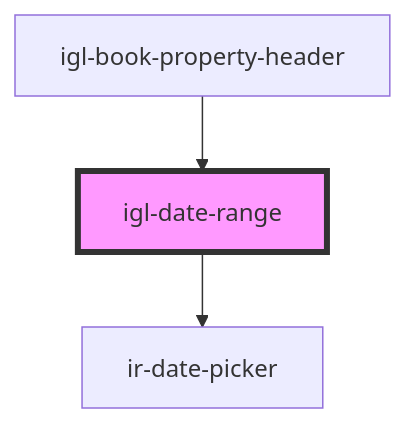
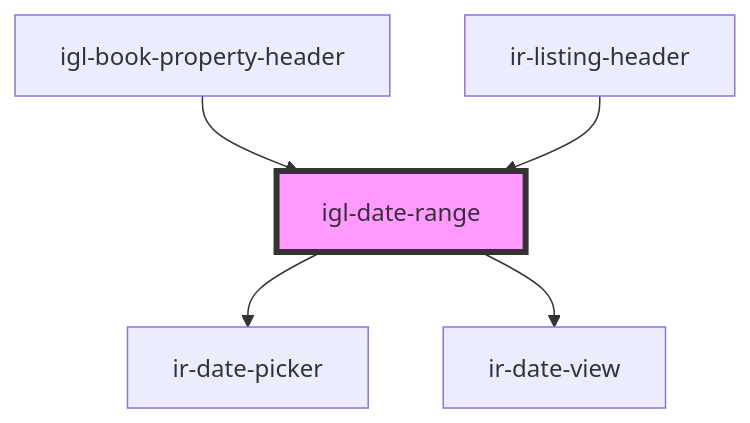
One commit to David1Chowaifaty/modified-ir-webcmp changed the diagram in src/components/igloo-calendar/igl-date-range/readme.md. Above: the diagram before and after it, drawn with Mermaid. The commit also changed other lines of this file and 47 other files, not shown here.

````diff
--- a/src/components/igloo-calendar/igl-date-range/readme.md
+++ b/src/components/igloo-calendar/igl-date-range/readme.md
@@ -38,6 +41,8 @@
 ```mermaid
 graph TD;
   igl-date-range --> ir-date-picker
+  igl-date-range --> ir-date-view
   igl-book-property-header --> igl-date-range
+  ir-listing-header --> igl-date-range
   style igl-date-range fill:#f9f,stroke:#333,stroke-width:4px
 ```
````
